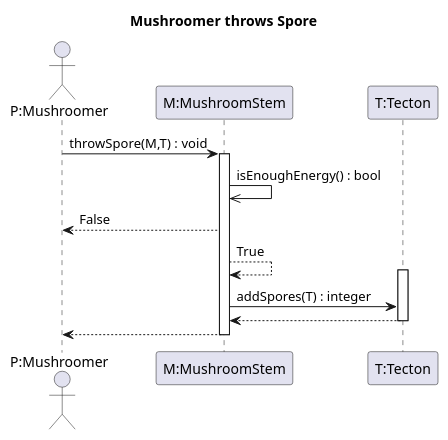
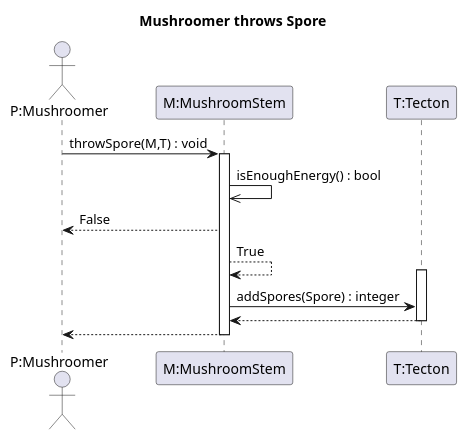
The diagram in 3/sequence/throwSpore.puml (Petya-G/fungorium), drawn with PlantUML before and after one commit. The commit also changed 4 other files, not shown here.

Commit message:
plantStem diagram

```diff
--- a/3/sequence/throwSpore.puml
+++ b/3/sequence/throwSpore.puml
@@ -1,22 +1,22 @@
-@startuml startTurn_mushroomer
+@startuml throwSpore
 
 title Mushroomer throws Spore
 
 
 actor "P:Mushroomer" as P
 participant "M:MushroomStem" as M
 participant "T:Tecton" as T
 
 P -> M: throwSpore(M,T) : void
 activate M
 M ->> M: isEnoughEnergy() : bool
 M --> P: False
 M --> M: True
 activate T
-M -> T : addSpores(T) : integer
+M -> T : addSpores(Spore) : integer
 T --> M
 deactivate T
 M --> P
 deactivate M
 
 @enduml
```
